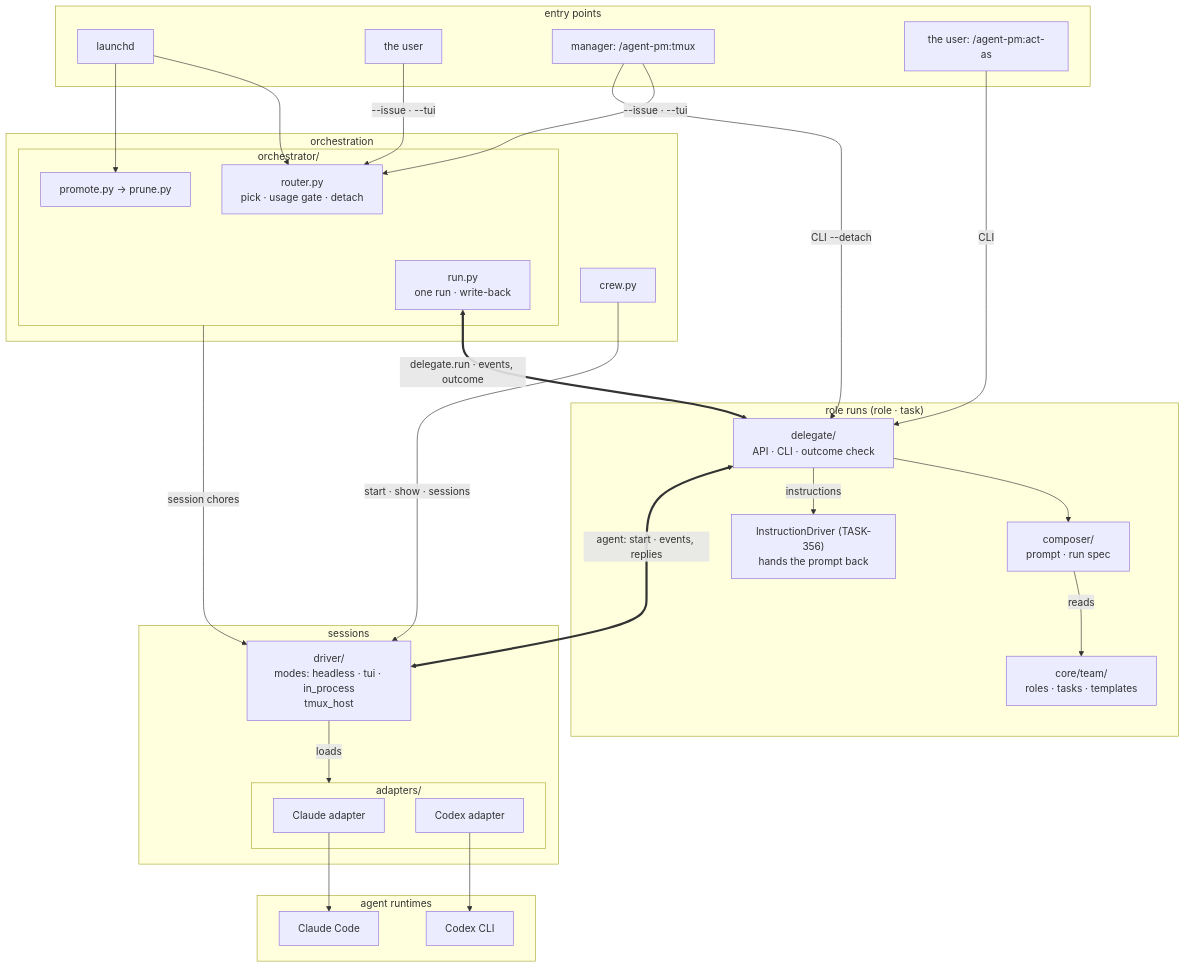
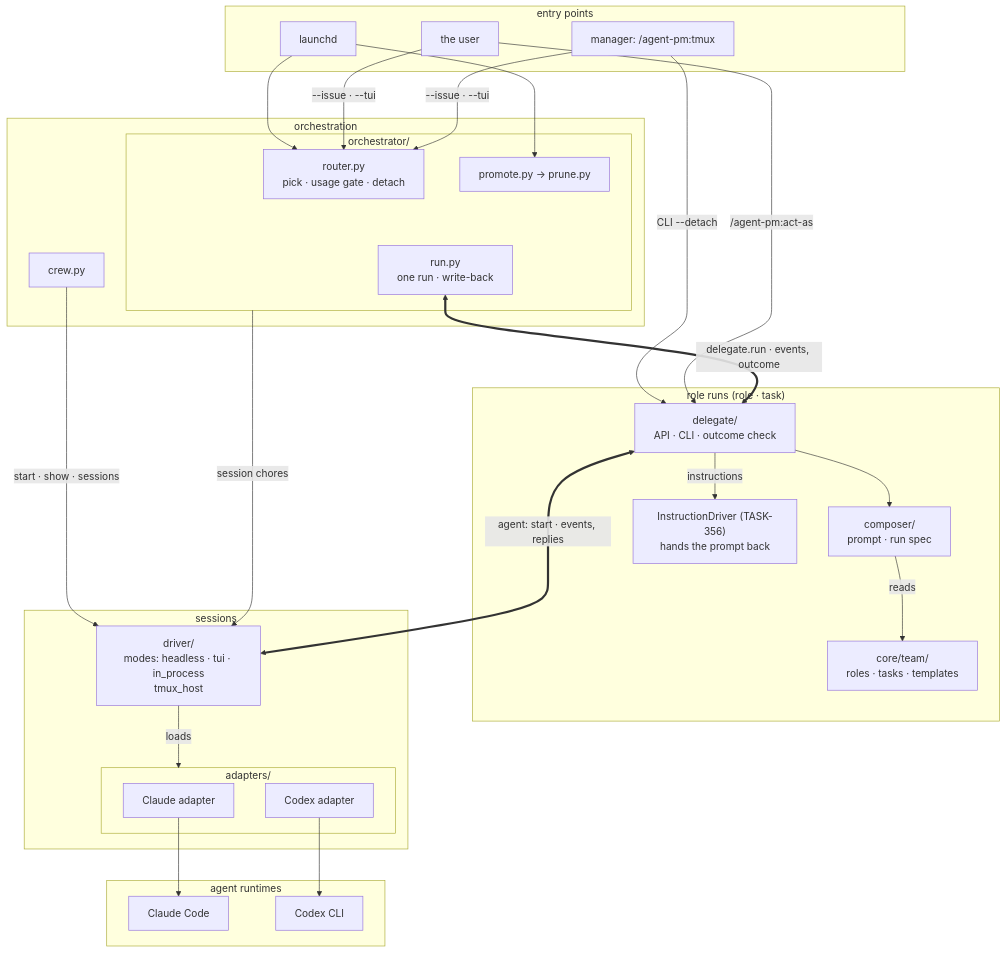
One commit to ophis/agent-pm changed the second of 4 diagrams in README.md. Above: the diagram before and after it, drawn with Mermaid.

Commit message:
README: one user-to-Delegate edge in the architecture diagram
Claude-Session: https://claude.ai/code/session_01DWNTKp8E4ZkndBswMuqLEu

````diff
--- a/README.md
+++ b/README.md
@@ -20,50 +20,49 @@
 ```mermaid
 flowchart TB
   subgraph EN[entry points]
     LD[launchd]
     HU[the user]
     M["manager: /agent-pm:tmux"]
-    A["the user: /agent-pm:act-as"]
   end
   subgraph L1[orchestration]
     subgraph OR[orchestrator/]
       R["router.py<br>pick · usage gate · detach"]
       RU["run.py<br>one run · write-back"]
       PP["promote.py → prune.py"]
     end
     W[crew.py]
   end
   subgraph L2["role runs (role · task)"]
     D["delegate/<br>API · CLI · outcome check"]
     C["composer/<br>prompt · run spec"]
     ID["InstructionDriver (TASK-356)<br>hands the prompt back"]
     T["core/team/<br>roles · tasks · templates"]
   end
   subgraph L3[sessions]
     DR["driver/<br>modes: headless · tui · in_process<br>tmux_host"]
     subgraph AD[adapters/]
       CL[Claude adapter]
       CX[Codex adapter]
     end
   end
   subgraph RT[agent runtimes]
     P1[Claude Code]
     P2[Codex CLI]
   end
   LD --> R & PP
   HU & M -->|"--issue · --tui"| R
   M -->|"CLI --detach"| D
-  A -->|CLI| D
+  HU -->|"/agent-pm:act-as"| D
   W -->|"start · show · sessions"| DR
   RU <==>|"delegate.run · events, outcome"| D
   OR -->|"session chores"| DR
   D --> C
   C -->|reads| T
   D -->|instructions| ID
   D <==>|"agent: start · events, replies"| DR
   DR -->|loads| AD
   CL --> P1
   CX --> P2
   R ~~~ RU
   C ~~~ DR
 ```
````
